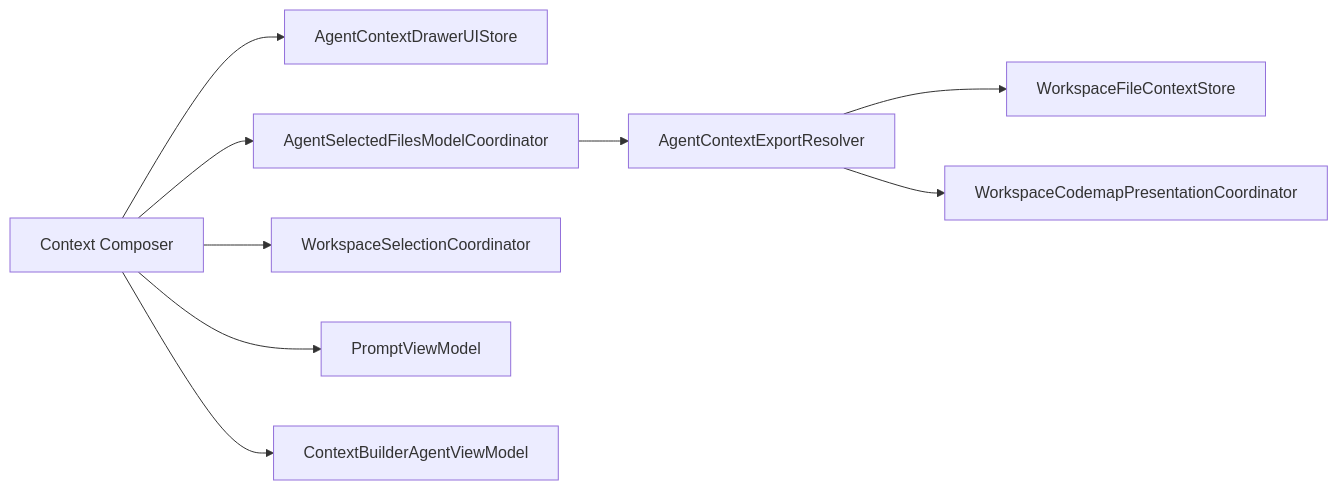
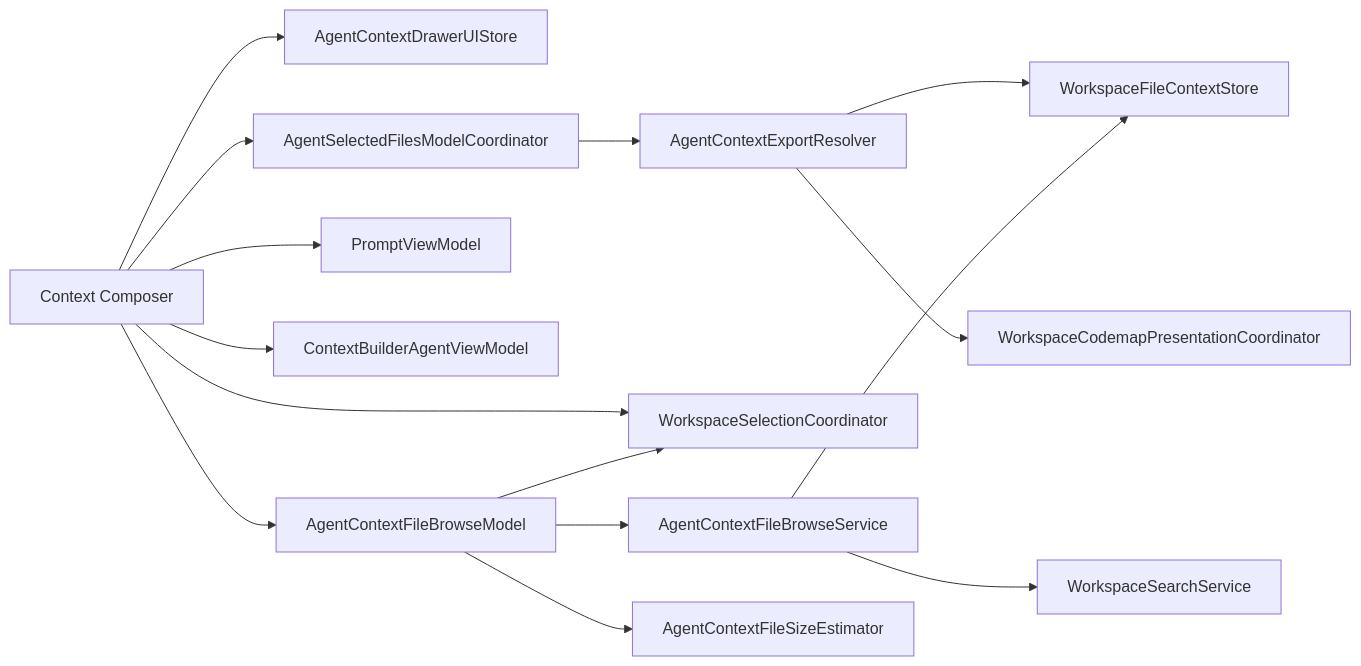
Before and after one commit to 0xNino/repoprompt-ce: the diagram in docs/architecture/context-composer.md, drawn with Mermaid. The commit also changed other lines of this file and 20 other files, not shown here.

````diff
--- a/docs/architecture/context-composer.md
+++ b/docs/architecture/context-composer.md
@@ -41,11 +55,17 @@
 ```mermaid
 flowchart LR
     UI["Context Composer"] --> STORE["AgentContextDrawerUIStore"]
     UI --> MODEL["AgentSelectedFilesModelCoordinator"]
     MODEL --> RESOLVER["AgentContextExportResolver"]
     RESOLVER --> CONTEXT["WorkspaceFileContextStore"]
     RESOLVER --> CODEMAP["WorkspaceCodemapPresentationCoordinator"]
     UI --> SELECTION["WorkspaceSelectionCoordinator"]
     UI --> PROMPT["PromptViewModel"]
     UI --> BUILDER["ContextBuilderAgentViewModel"]
+    UI --> BROWSE["AgentContextFileBrowseModel"]
+    BROWSE --> BSERVICE["AgentContextFileBrowseService"]
+    BROWSE --> ESTIMATOR["AgentContextFileSizeEstimator"]
+    BSERVICE --> CONTEXT
+    BSERVICE --> SEARCH["WorkspaceSearchService"]
+    BROWSE --> SELECTION
 ```
````
